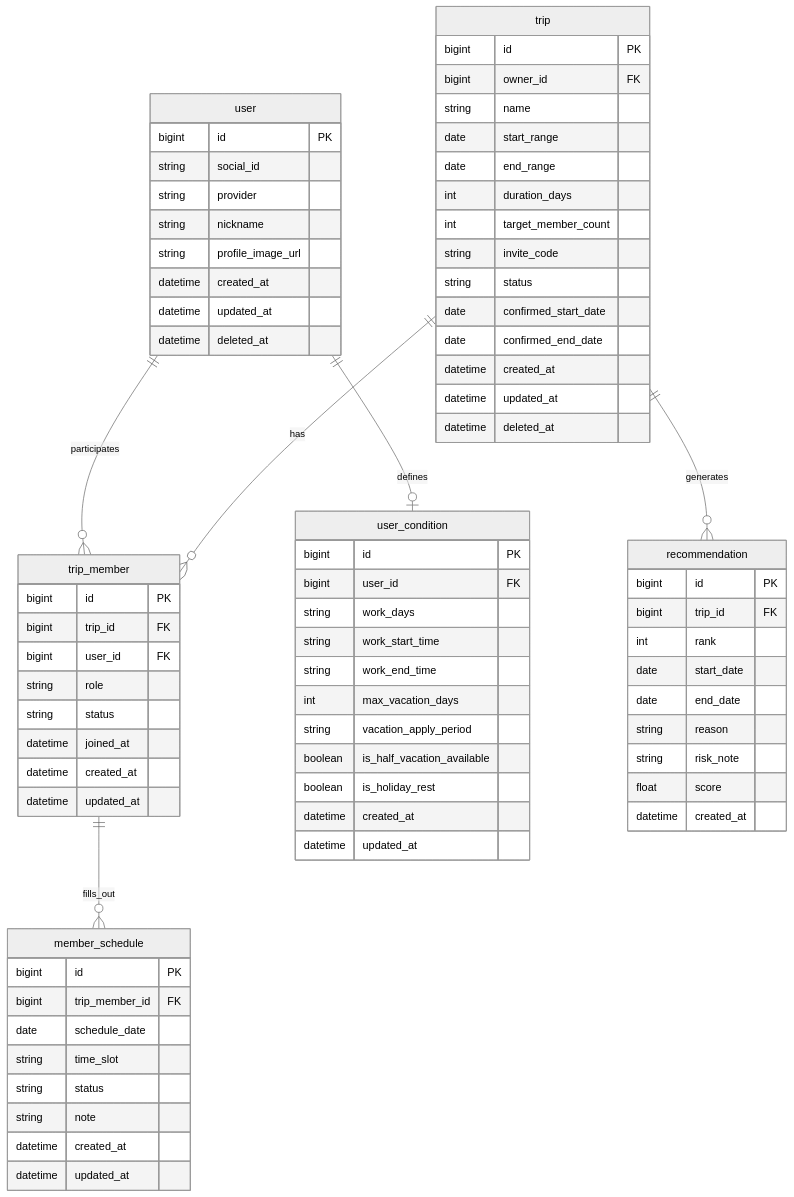
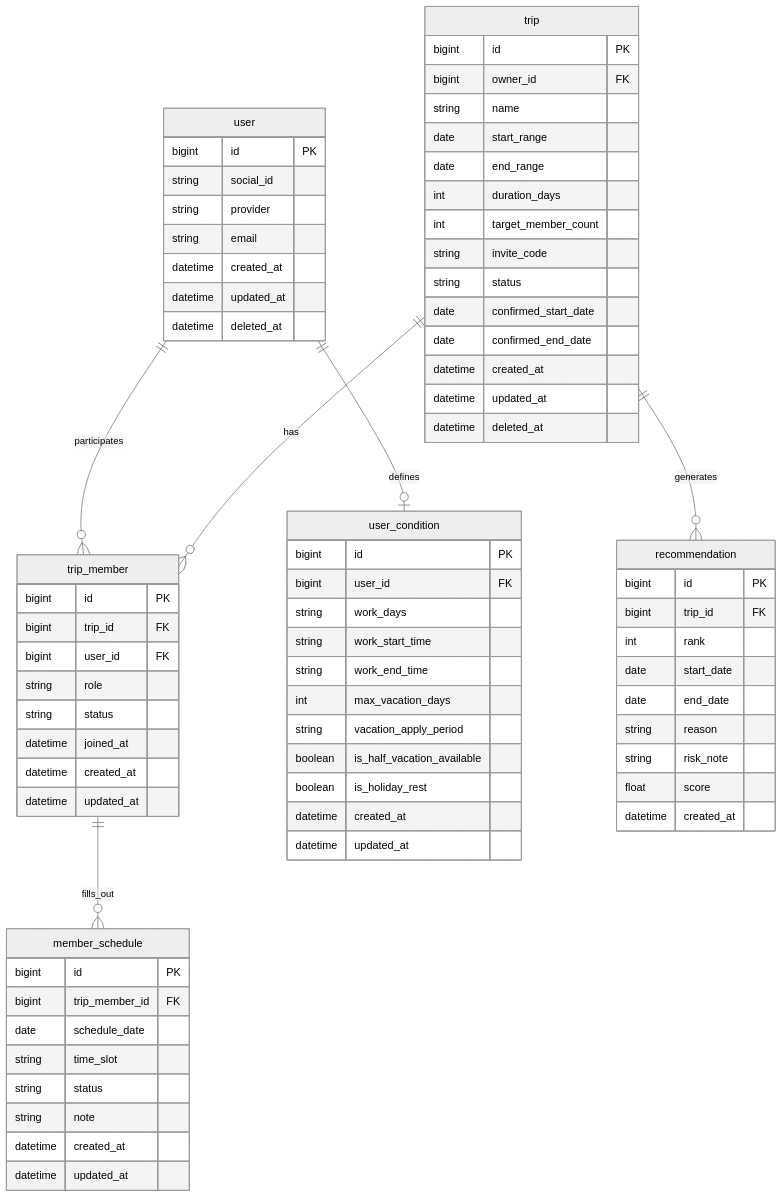
One commit to chhezue/TripFit-server changed the diagram in docs/architecture/erd.md. Above: the diagram before and after it, drawn with Mermaid (neutral theme). The commit also changed other lines of this file and 12 other files, not shown here.

```diff
--- a/docs/architecture/erd.md
+++ b/docs/architecture/erd.md
@@ -26,8 +26,7 @@
         bigint id PK
         string social_id
         string provider
-        string nickname
-        string profile_image_url
+        string email
         datetime created_at
         datetime updated_at
         datetime deleted_at
```
